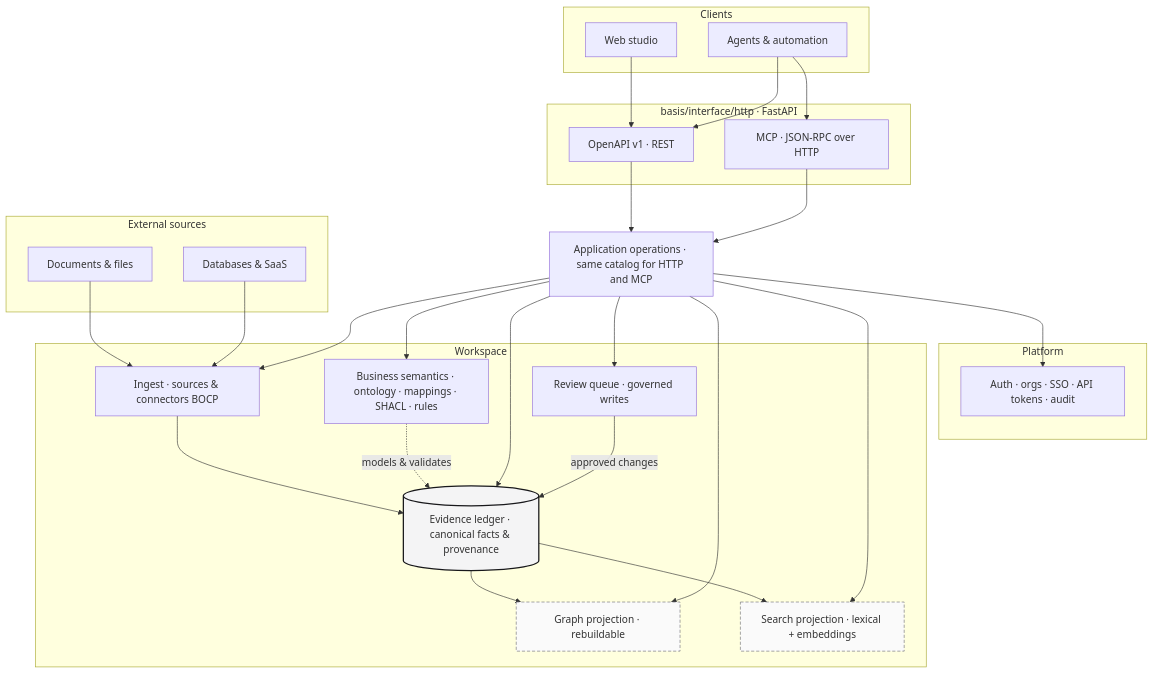
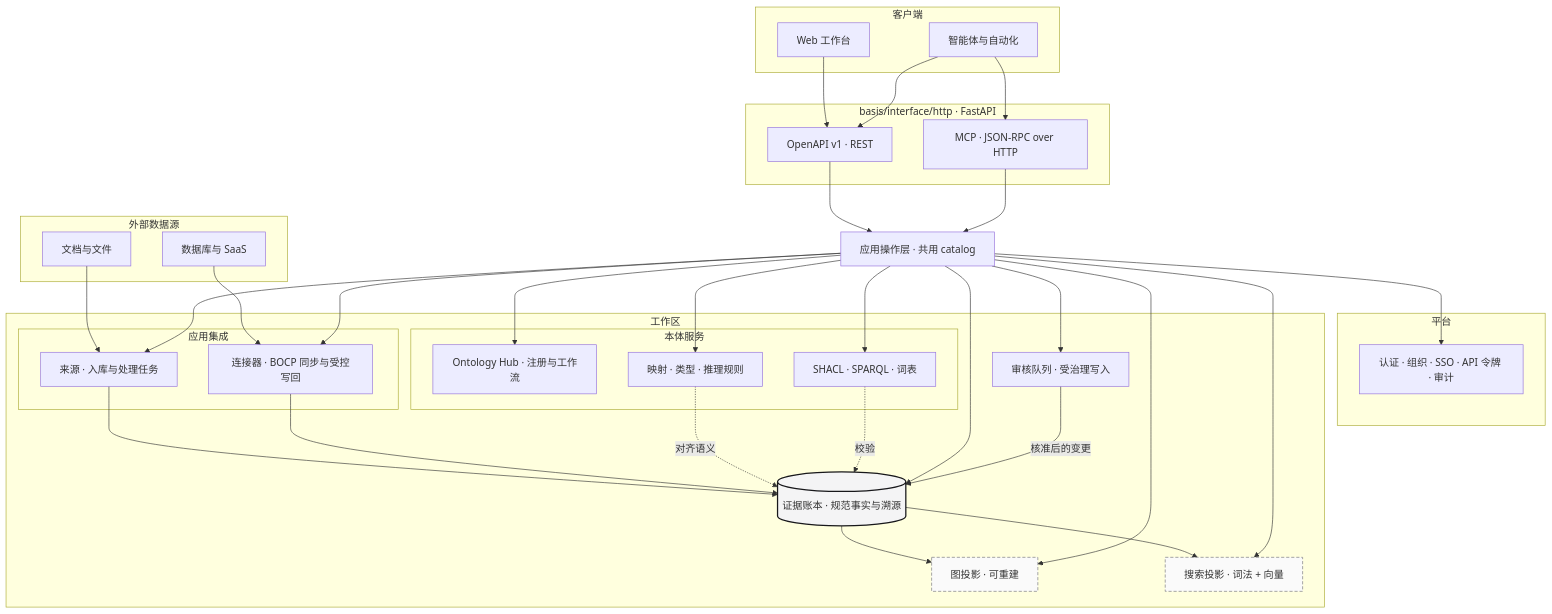
The diagram in README.zh-CN.md (FellowOS/basis), drawn with Mermaid before and after one commit. The commit also changed 2 other files, not shown here.

Commit message:
docs: split architecture diagram into integration and ontology pillars
Highlight application integration (sources, BOCP connectors) and ontology service (Hub, SHACL/SPARQL, mappings) as distinct workspace capabilities.

````diff
--- a/README.zh-CN.md
+++ b/README.zh-CN.md
@@ -60,58 +60,72 @@
 ```mermaid
 flowchart TB
-  subgraph external["External sources"]
-    docs["Documents & files"]
-    systems["Databases & SaaS"]
+  subgraph external["外部数据源"]
+    docs["文档与文件"]
+    systems["数据库与 SaaS"]
   end
 
-  subgraph clients["Clients"]
-    studio["Web studio"]
-    agents["Agents & automation"]
+  subgraph clients["客户端"]
+    studio["Web 工作台"]
+    agents["智能体与自动化"]
   end
 
   subgraph apiLayer["basis/interface/http · FastAPI"]
     rest["OpenAPI v1 · REST"]
     mcp["MCP · JSON-RPC over HTTP"]
   end
 
-  ops["Application operations · same catalog for HTTP and MCP"]
+  ops["应用操作层 · 共用 catalog"]
 
-  subgraph platform["Platform"]
-    plat["Auth · orgs · SSO · API tokens · audit"]
+  subgraph platform["平台"]
+    plat["认证 · 组织 · SSO · API 令牌 · 审计"]
   end
 
-  subgraph workspace["Workspace"]
-    ingest["Ingest · sources & connectors BOCP"]
-    sem["Business semantics · ontology · mappings · SHACL · rules"]
-    ledger[("Evidence ledger · canonical facts & provenance")]
-    review["Review queue · governed writes"]
-    graphProj["Graph projection · rebuildable"]
-    searchProj["Search projection · lexical + embeddings"]
+  subgraph workspace["工作区"]
+    subgraph integration["应用集成"]
+      sources["来源 · 入库与处理任务"]
+      conn["连接器 · BOCP 同步与受控写回"]
+    end
+
+    subgraph ontologySvc["本体服务"]
+      hub["Ontology Hub · 注册与工作流"]
+      govern["SHACL · SPARQL · 词表"]
+      maps["映射 · 类型 · 推理规则"]
+    end
+
+    ledger[("证据账本 · 规范事实与溯源")]
+    review["审核队列 · 受治理写入"]
+    graphProj["图投影 · 可重建"]
+    searchProj["搜索投影 · 词法 + 向量"]
   end
 
-  docs --> ingest
-  systems --> ingest
-  ingest --> ledger
-  sem -.->|"models & validates"| ledger
+  docs --> sources
+  systems --> conn
+  sources --> ledger
+  conn --> ledger
+  maps -.->|"对齐语义"| ledger
+  govern -.->|"校验"| ledger
   ledger --> graphProj
   ledger --> searchProj
 
   studio --> rest
   agents --> rest
   agents --> mcp
   rest --> ops
   mcp --> ops
   ops --> plat
-  ops --> ingest
-  ops --> sem
+  ops --> sources
+  ops --> conn
+  ops --> hub
+  ops --> govern
+  ops --> maps
   ops --> ledger
   ops --> graphProj
   ops --> searchProj
   ops --> review
-  review -->|"approved changes"| ledger
+  review -->|"核准后的变更"| ledger
 
   classDef canonical fill:#f4f4f5,stroke:#18181b,stroke-width:2px
   classDef projection fill:#fafafa,stroke:#71717a,stroke-dasharray: 5 3
   class ledger canonical
   class graphProj,searchProj projection
 ```
````
